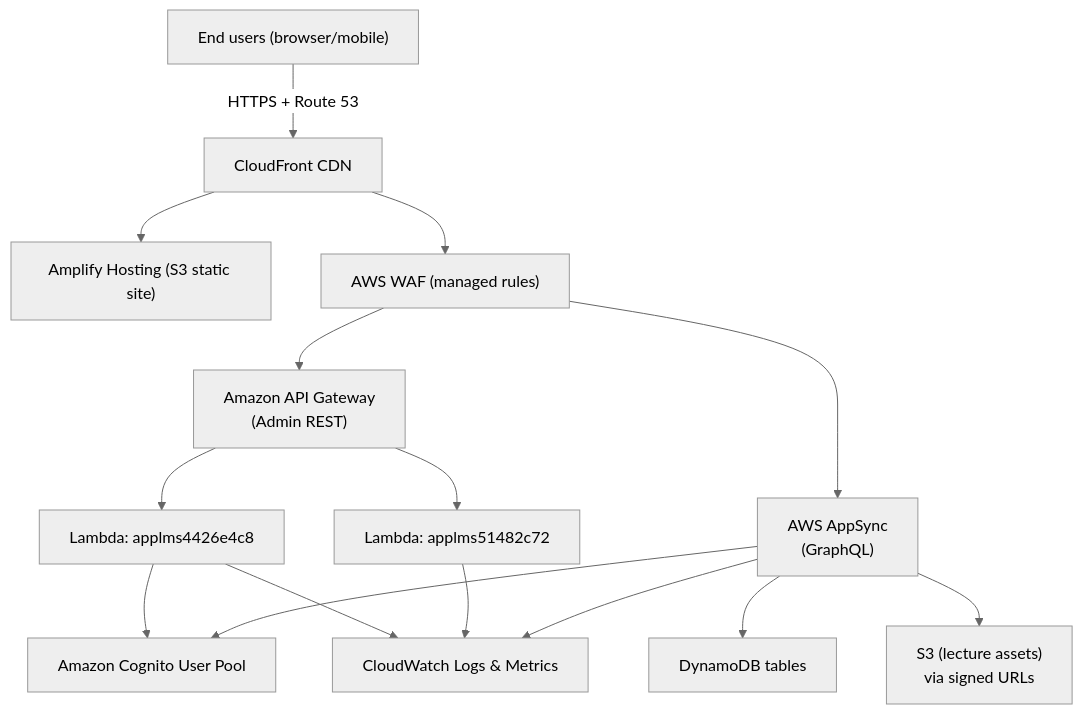
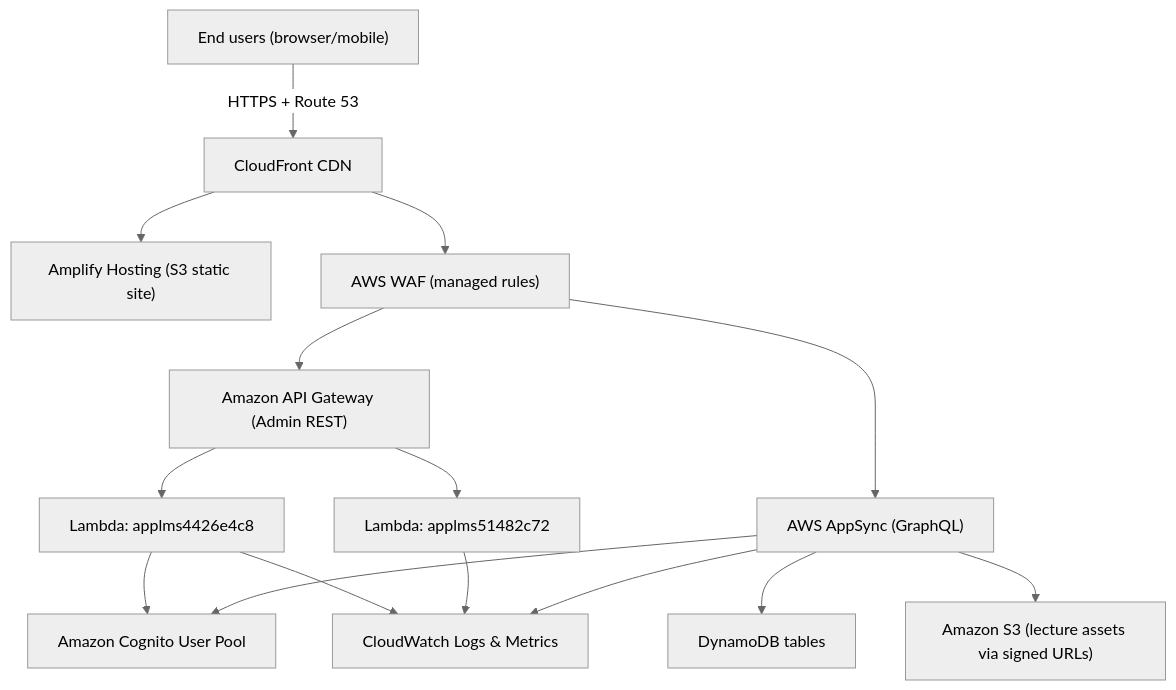
The second of 3 diagrams in README.md (hongphuc-git/aws_lms), drawn with Mermaid (neutral theme) before and after one commit.

````diff
--- a/README.md
+++ b/README.md
@@ -41,18 +41,18 @@
 ```mermaid
 graph TD
   User["End users (browser/mobile)"]
   User -->|HTTPS + Route 53| CloudFront["CloudFront CDN"]
   CloudFront --> AmplifyHost["Amplify Hosting (S3 static site)"]
   CloudFront --> WAF["AWS WAF (managed rules)"]
-  WAF --> APIGW["Amazon API Gateway\n(Admin REST)"]
-  WAF --> AppSync["AWS AppSync\n(GraphQL)"]
+  WAF --> APIGW["Amazon API Gateway (Admin REST)"]
+  WAF --> AppSync["AWS AppSync (GraphQL)"]
   APIGW --> LambdaAdmin["Lambda: applms4426e4c8"]
   APIGW --> LambdaExpress["Lambda: applms51482c72"]
   LambdaAdmin --> Cognito["Amazon Cognito User Pool"]
   AppSync --> Cognito
   AppSync --> Dynamo["DynamoDB tables"]
-  AppSync --> S3["S3 (lecture assets)\nvia signed URLs"]
+  AppSync --> S3["Amazon S3 (lecture assets via signed URLs)"]
   LambdaAdmin --> CloudWatch["CloudWatch Logs & Metrics"]
   LambdaExpress --> CloudWatch
   AppSync --> CloudWatch
 ```
````
